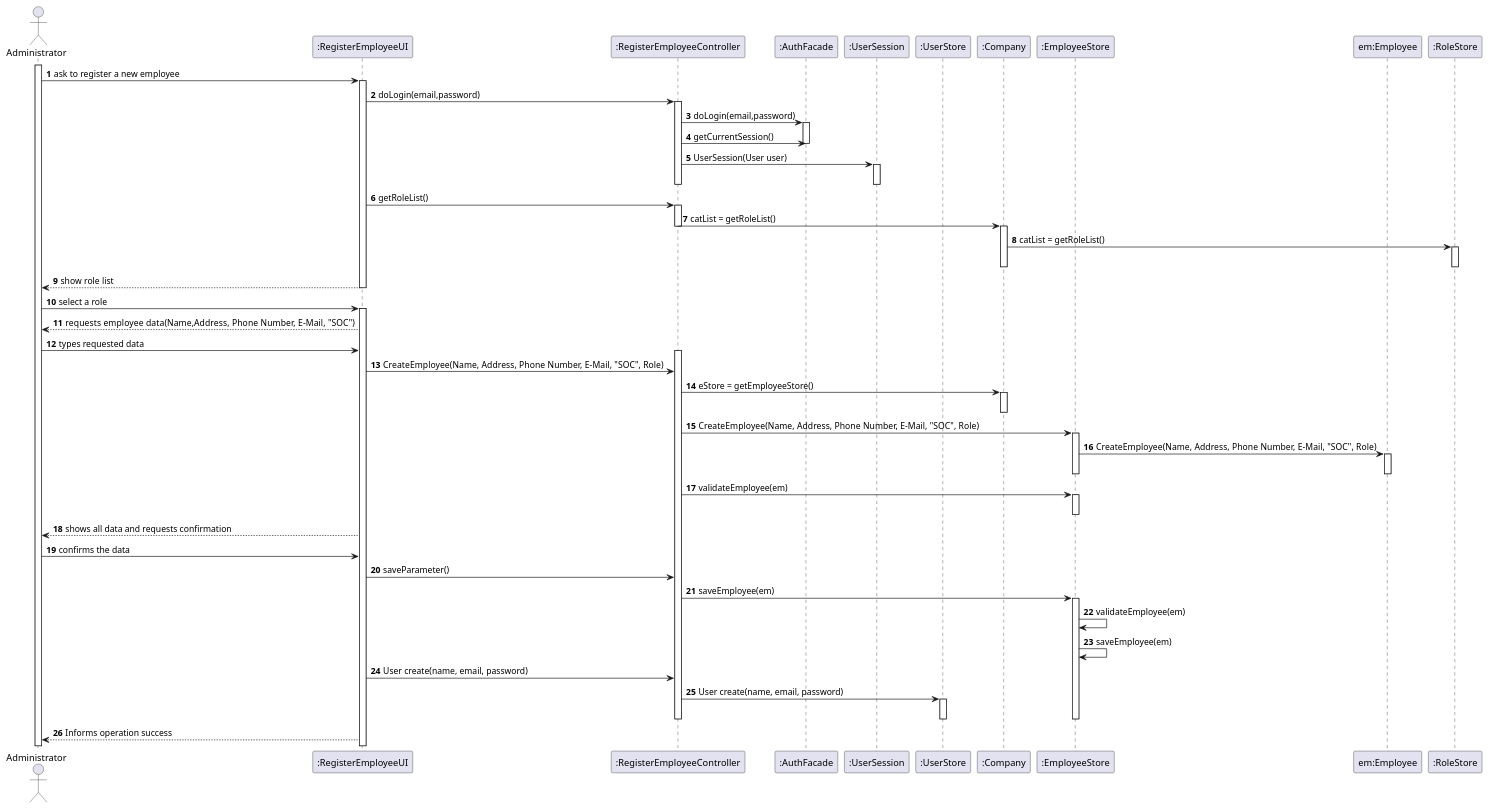
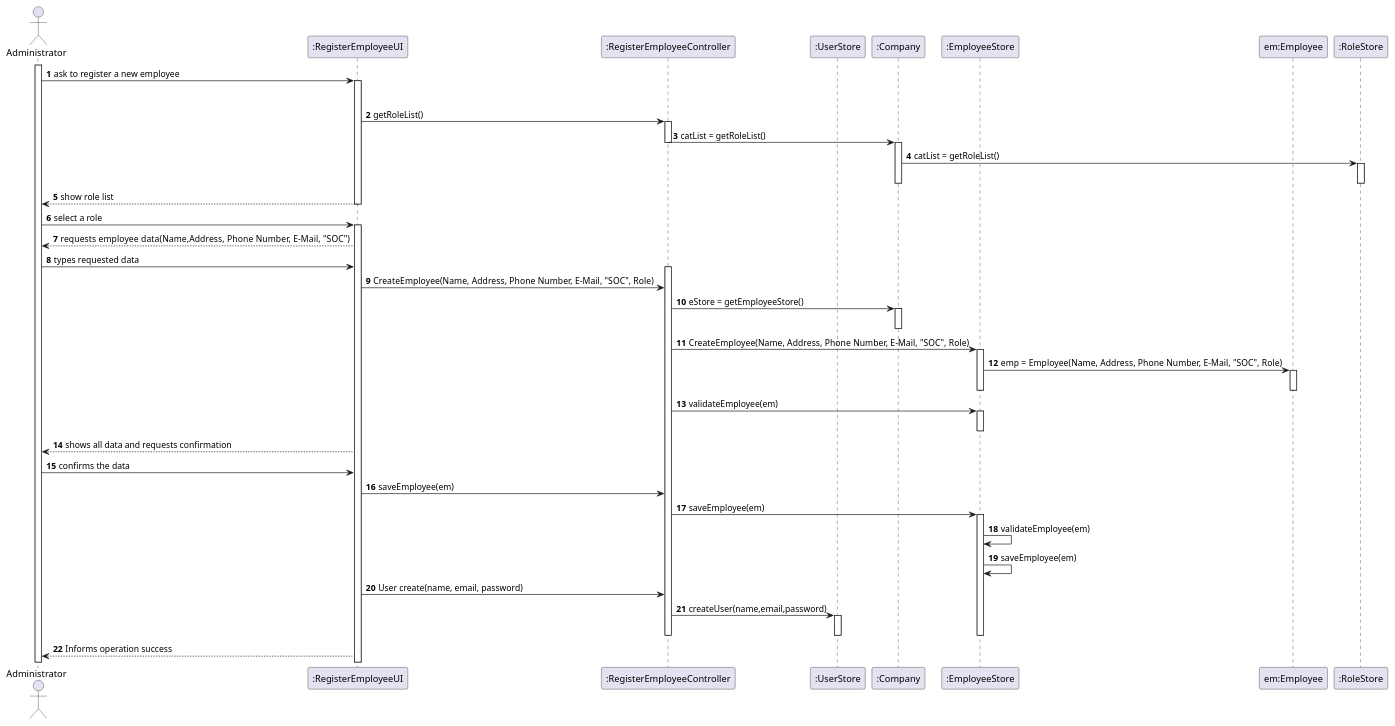
The diagram in docs/SprintB/US7/US7_SD.puml (MarianaCLages/LAPR2), drawn with PlantUML before and after one commit. The commit also changed 21 other files, not shown here.

```diff
--- a/docs/SprintB/US7/US7_SD.puml
+++ b/docs/SprintB/US7/US7_SD.puml
@@ -1,140 +1,141 @@
 @startuml
 'https://plantuml.com/sequence-diagram
 autonumber
 actor Administrator as A
 participant ":RegisterEmployeeUI" as UI
 participant ":RegisterEmployeeController" as CTRL
-participant ":AuthFacade" as Auth
-participant ":UserSession" as User
+'participant ":AuthFacade" as Auth
+'participant ":UserSession" as User
 participant ":UserStore" as UserStore
 participant ":Company" as COMPANY
 participant ":EmployeeStore" as EmployeeStore
 participant "em:Employee" as Employee
 participant ":RoleStore" as RoleStore
 
 
 
 activate A
 
 A -> UI: ask to register a new employee
 activate UI
 
-' -------- Login --------
+/' -------- Login --------
 
 UI -> CTRL : doLogin(email,password)
 activate CTRL
 CTRL -> Auth: doLogin(email,password)
 activate Auth
 CTRL -> Auth: getCurrentSession()
 deactivate Auth
 CTRL -> User: UserSession(User user)
 activate User
 deactivate User
 deactivate CTRL
+'/
 
 
-' -------- Login --------
+
 deactivate CTRL
 
 UI -> CTRL : getRoleList()
 
 activate CTRL
 CTRL -> COMPANY : catList = getRoleList()
 deactivate CTRL
 activate COMPANY
 
 
 
 
 COMPANY -> RoleStore  : catList = getRoleList()
 
 activate RoleStore
 deactivate RoleStore
 deactivate COMPANY
 
 UI --> A: show role list
 deactivate UI
 A -> UI: select a role
 activate UI
 
 UI --> A :requests employee data(Name,Address,  Phone Number, E-Mail,  "SOC")
 
 A -> UI : types requested data
 activate CTRL
 
 
 
 
 
 UI -> CTRL : CreateEmployee(Name, Address, Phone Number, E-Mail,  "SOC", Role)
 CTRL -> COMPANY : eStore = getEmployeeStore()
 
 activate COMPANY
 deactivate COMPANY
 
 CTRL -> EmployeeStore: CreateEmployee(Name, Address, Phone Number, E-Mail,  "SOC", Role)
 
 activate EmployeeStore
 
-EmployeeStore -> Employee : CreateEmployee(Name, Address, Phone Number, E-Mail,  "SOC", Role)
+EmployeeStore -> Employee : emp = Employee(Name, Address, Phone Number, E-Mail,  "SOC", Role)
 
 activate Employee
 deactivate Employee
 deactivate EmployeeStore
 
 
 
 
 
 CTRL -> EmployeeStore: validateEmployee(em)
 activate EmployeeStore
 deactivate EmployeeStore
 
 
 
 UI --> A : shows all data and requests confirmation
 
 A -> UI : confirms the data
 
-UI-> CTRL : saveParameter()
+UI-> CTRL : saveEmployee(em)
 
 CTRL -> EmployeeStore : saveEmployee(em)
 activate EmployeeStore
 EmployeeStore -> EmployeeStore : validateEmployee(em)
 
 EmployeeStore -> EmployeeStore : saveEmployee(em)
 
 
 
 
 
 
 ' -------- Register --------
 
 UI -> CTRL : User create(name, email, password)
 
-CTRL -> UserStore: User create(name, email, password)
+CTRL -> UserStore: createUser(name,email,password)
 
 activate UserStore
 deactivate UserStore
 
 
 
 ' -------- Register --------
 
 deactivate EmployeeStore
 
 
 
 
 
 deactivate CTRL
 UI --> A : Informs operation success
 
 
 
 
 
 
 
 @enduml
```
